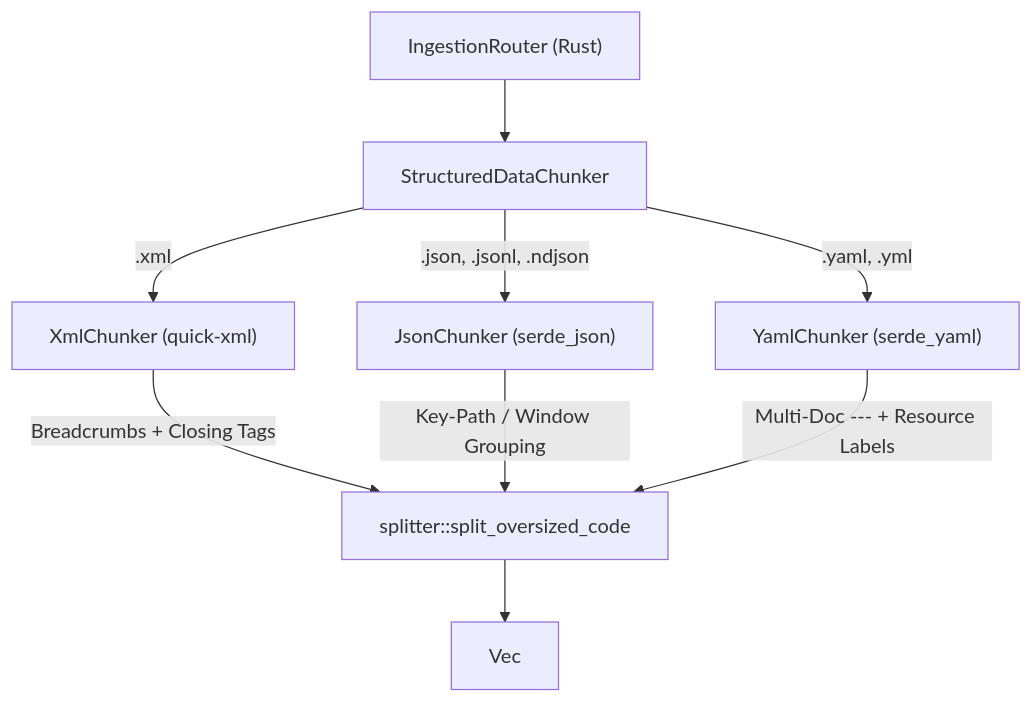
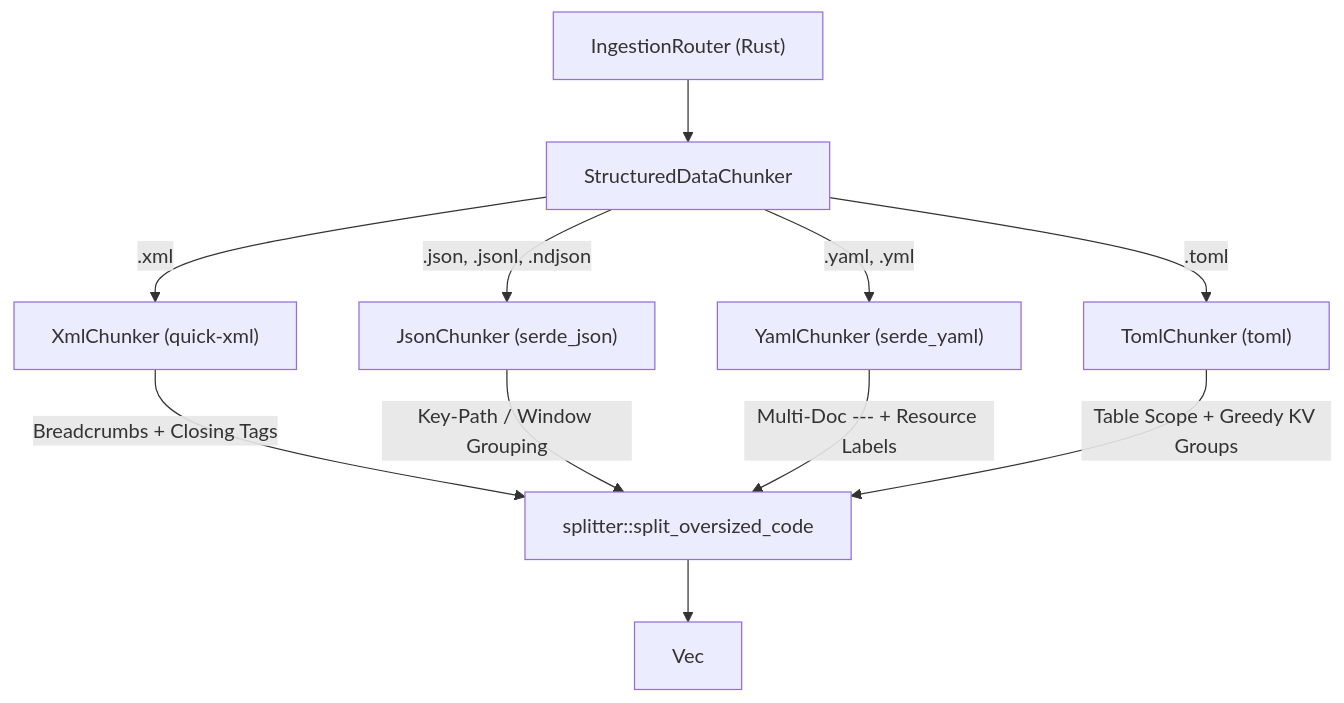
Before and after one commit to Levix-Digital/any-context: diagram 30 of 30 in TECDOC.md, drawn with Mermaid. The commit also changed other lines of this file and 13 other files, not shown here.

Commit message:
feat(ingestion): add universal TomlChunker to StructuredDataChunker (v0.30.8)

````diff
--- a/TECDOC.md
+++ b/TECDOC.md
@@ -2547,11 +2547,13 @@
 ```mermaid
 graph TD
     IR["IngestionRouter (Rust)"] --> SDC["StructuredDataChunker"]
     SDC --> |".xml"| XC["XmlChunker (quick-xml)"]
     SDC --> |".json, .jsonl, .ndjson"| JC["JsonChunker (serde_json)"]
     SDC --> |".yaml, .yml"| YC["YamlChunker (serde_yaml)"]
+    SDC --> |".toml"| TC["TomlChunker (toml)"]
     XC --> |"Breadcrumbs + Closing Tags"| SOC["splitter::split_oversized_code"]
     JC --> |"Key-Path / Window Grouping"| SOC
     YC --> |"Multi-Doc --- + Resource Labels"| SOC
+    TC --> |"Table Scope + Greedy KV Groups"| SOC
     SOC --> CP["Vec<ChunkPayload>"]
 ```
````
